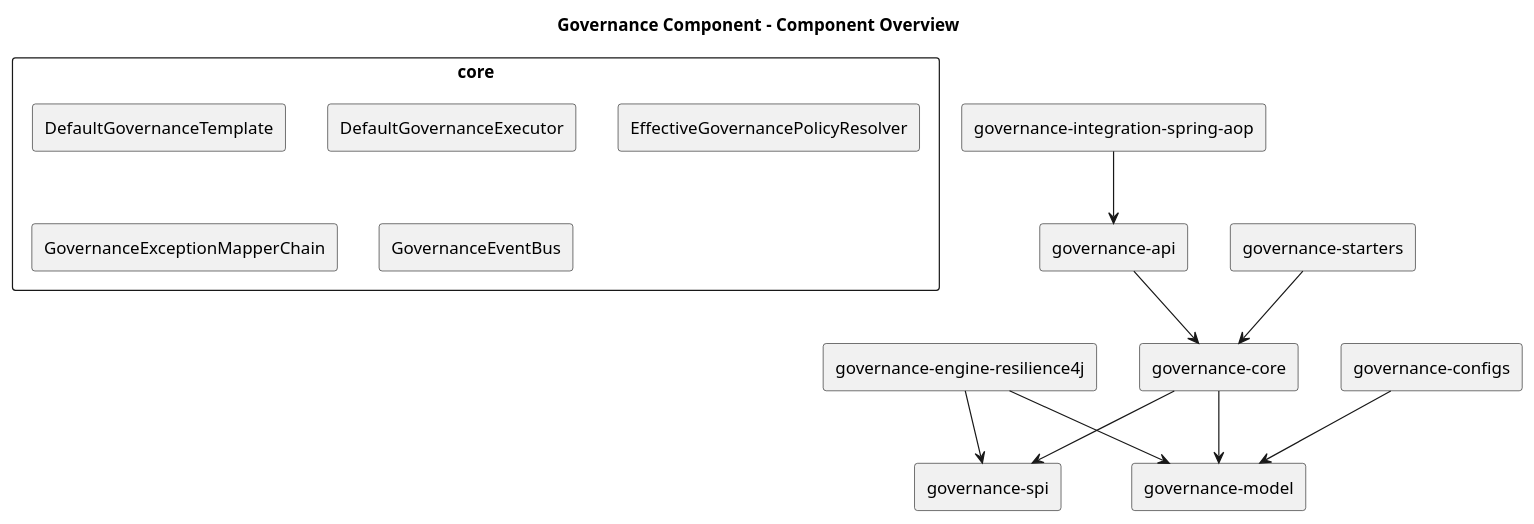
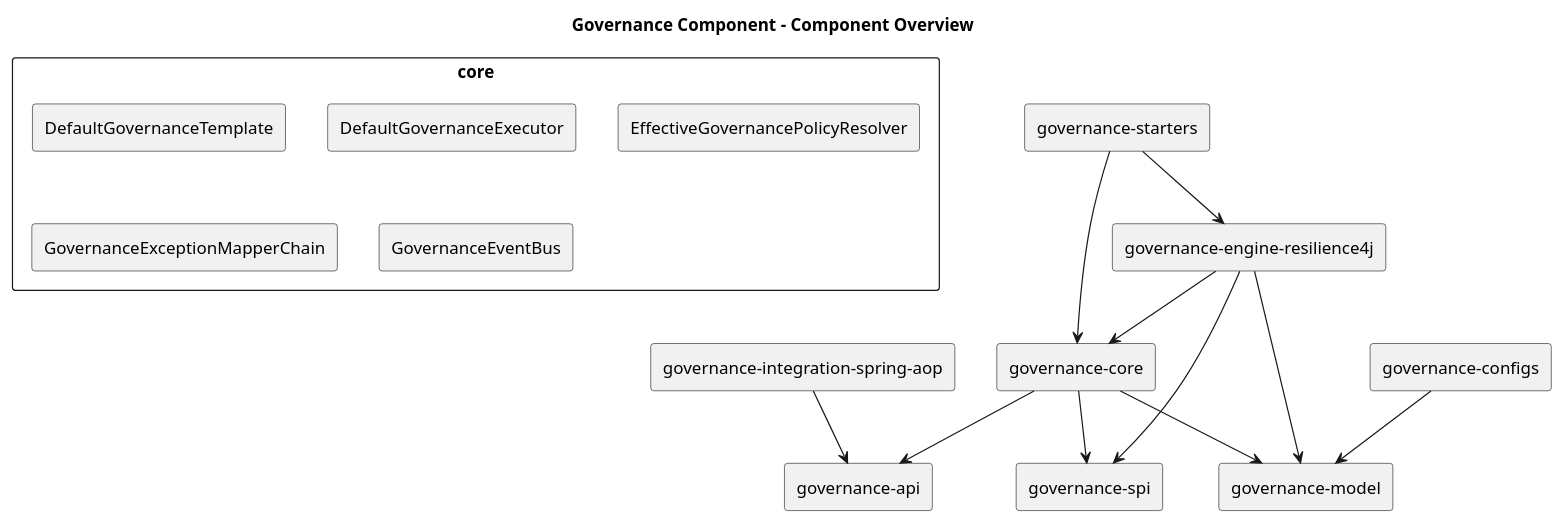
One commit to pbxjtumse/iron-components-java changed the diagram in component/governance-component/docs/diagrams/component/00-component-overview.puml. Above: the diagram before and after it, drawn with PlantUML. The commit also changed 7 other files, not shown here.

```diff
--- a/component/governance-component/docs/diagrams/component/00-component-overview.puml
+++ b/component/governance-component/docs/diagrams/component/00-component-overview.puml
@@ -1,19 +1,21 @@
 @startuml
 title Governance Component - Component Overview
 skinparam componentStyle rectangle
-[governance-api] --> [governance-core]
+[governance-core] --> [governance-api]
 [governance-core] --> [governance-spi]
 [governance-core] --> [governance-model]
 [governance-configs] --> [governance-model]
 [governance-engine-resilience4j] --> [governance-spi]
 [governance-engine-resilience4j] --> [governance-model]
+[governance-engine-resilience4j] --> [governance-core]
 [governance-integration-spring-aop] --> [governance-api]
 [governance-starters] --> [governance-core]
+[governance-starters] --> [governance-engine-resilience4j]
 rectangle "core" {
  [DefaultGovernanceTemplate]
  [DefaultGovernanceExecutor]
  [EffectiveGovernancePolicyResolver]
  [GovernanceExceptionMapperChain]
  [GovernanceEventBus]
 }
 @enduml
```
